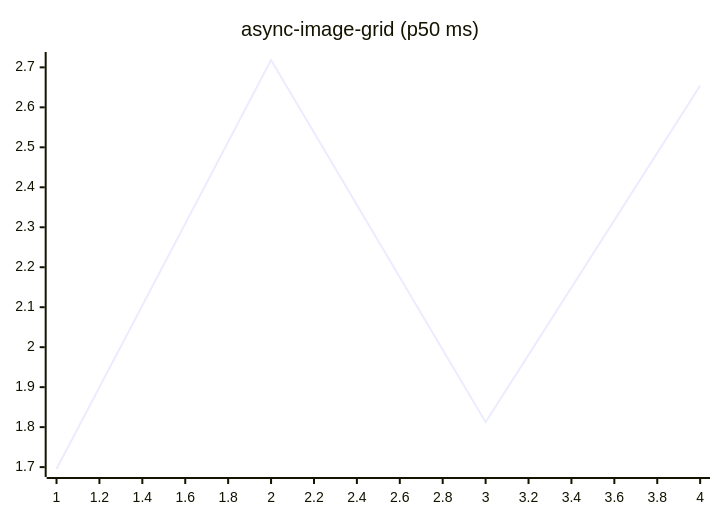
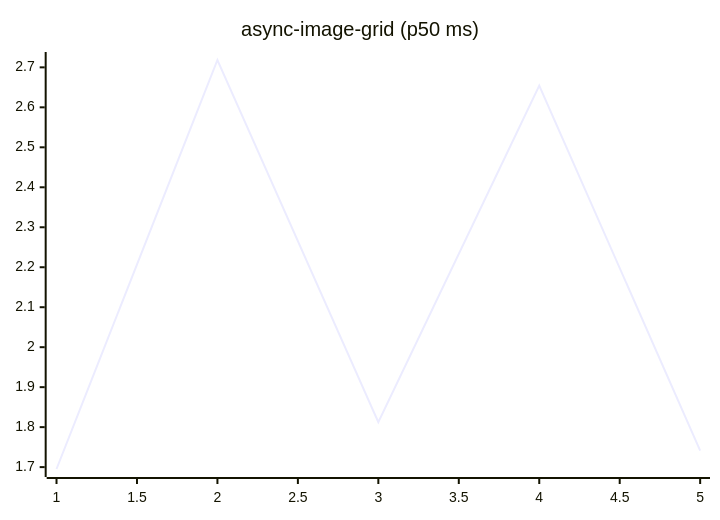
Before and after one commit to josha/Facet: the fifth of 27 diagrams in README.md, drawn with Mermaid. The commit also changed other lines of this file and 2 other files, not shown here.

````diff
--- a/README.md
+++ b/README.md
@@ -91,6 +91,6 @@
 ```mermaid
 xychart-beta
     title "async-image-grid (p50 ms)"
-    x-axis 1 --> 4
-    line [1.6953, 2.7184, 1.8124, 2.6543]
+    x-axis 1 --> 5
+    line [1.6953, 2.7184, 1.8124, 2.6543, 1.7415]
 ```
````
